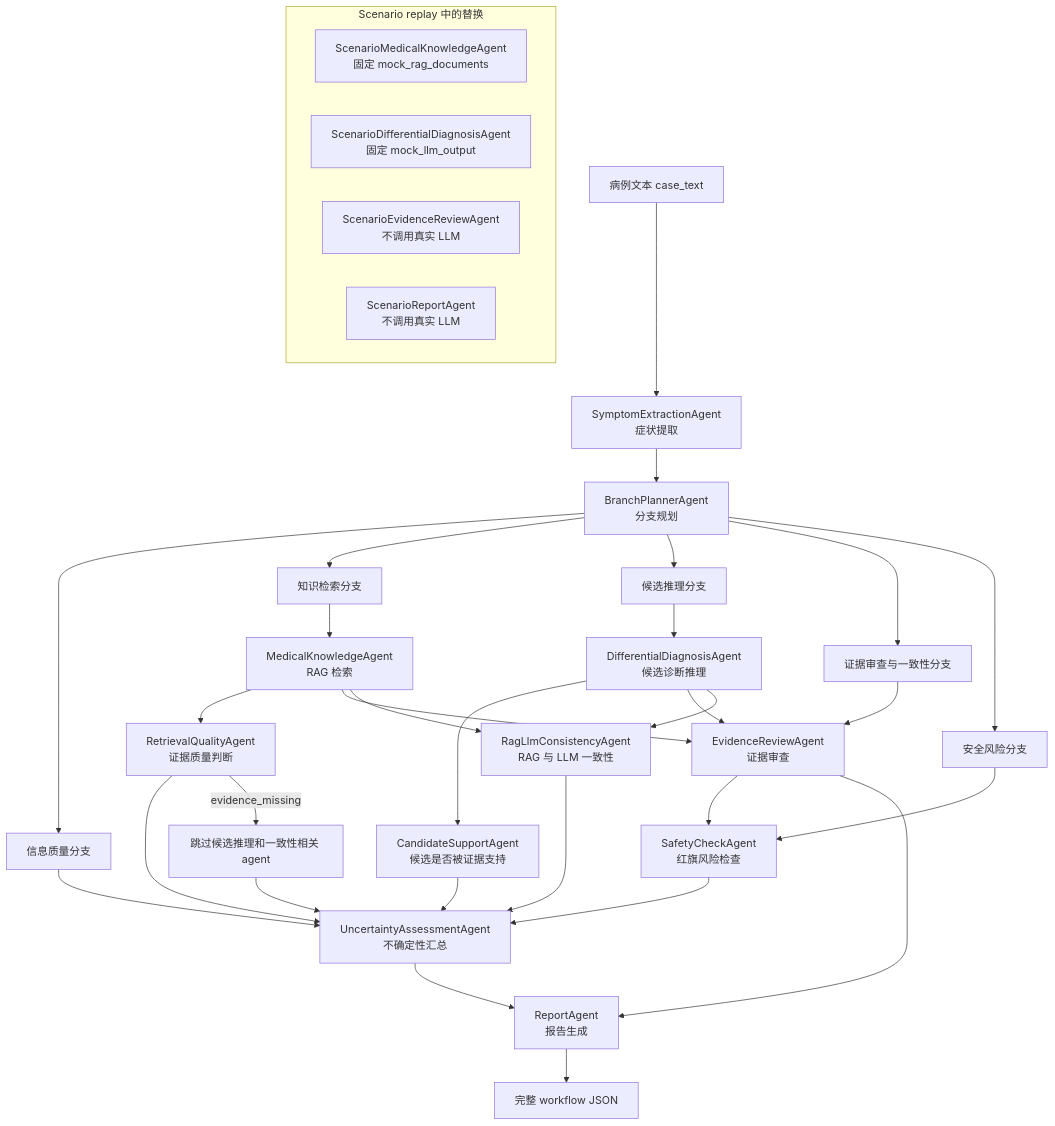
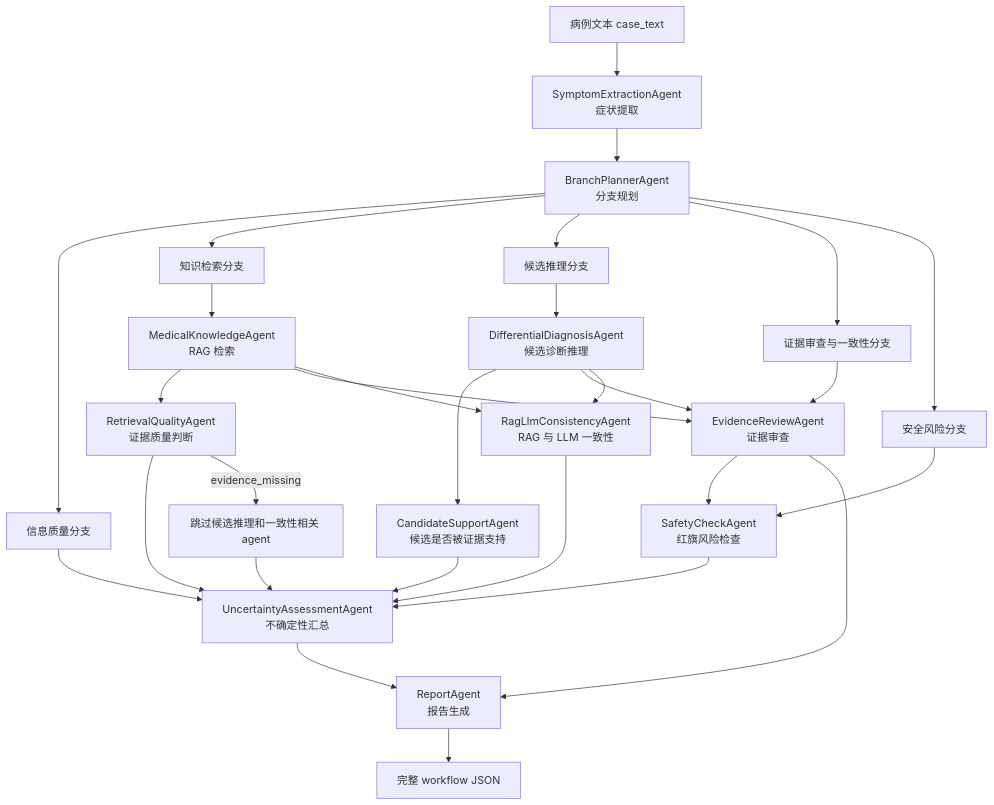
Before and after one commit to whytomato/healthcare: the second of 3 diagrams in README.md, drawn with Mermaid. The commit also changed other lines of this file, not shown here.

Commit message:
流程图

````diff
--- a/README.md
+++ b/README.md
@@ -12,47 +32,40 @@
 ```mermaid
 flowchart TD
     A[病例文本 case_text] --> B[SymptomExtractionAgent<br/>症状提取]
     B --> C[BranchPlannerAgent<br/>分支规划]
 
     C --> IQ[信息质量分支]
     C --> KR[知识检索分支]
     C --> CR[候选推理分支]
     C --> CO[证据审查与一致性分支]
     C --> SR[安全风险分支]
 
     IQ --> U[UncertaintyAssessmentAgent<br/>不确定性汇总]
 
     KR --> MK[MedicalKnowledgeAgent<br/>RAG 检索]
     MK --> RQ[RetrievalQualityAgent<br/>证据质量判断]
     RQ --> U
 
     RQ -- evidence_missing --> SKIP[跳过候选推理和一致性相关 agent]
     SKIP --> U
 
     CR --> DD[DifferentialDiagnosisAgent<br/>候选诊断推理]
     DD --> CS[CandidateSupportAgent<br/>候选是否被证据支持]
     CS --> U
 
     CO --> ER[EvidenceReviewAgent<br/>证据审查]
     MK --> ER
     DD --> ER
     ER --> SC[SafetyCheckAgent<br/>红旗风险检查]
     ER --> RP[ReportAgent<br/>报告生成]
 
     MK --> RC[RagLlmConsistencyAgent<br/>RAG 与 LLM 一致性]
     DD --> RC
     RC --> U
 
     SR --> SC
     SC --> U
 
     U --> RP
     RP --> OUT[完整 workflow JSON]
-
-    subgraph MockReplay[Scenario replay 中的替换]
-      SMK[ScenarioMedicalKnowledgeAgent<br/>固定 mock_rag_documents]
-      SDD[ScenarioDifferentialDiagnosisAgent<br/>固定 mock_llm_output]
-      SER[ScenarioEvidenceReviewAgent<br/>不调用真实 LLM]
-      SRP[ScenarioReportAgent<br/>不调用真实 LLM]
-    end
 ```
````
